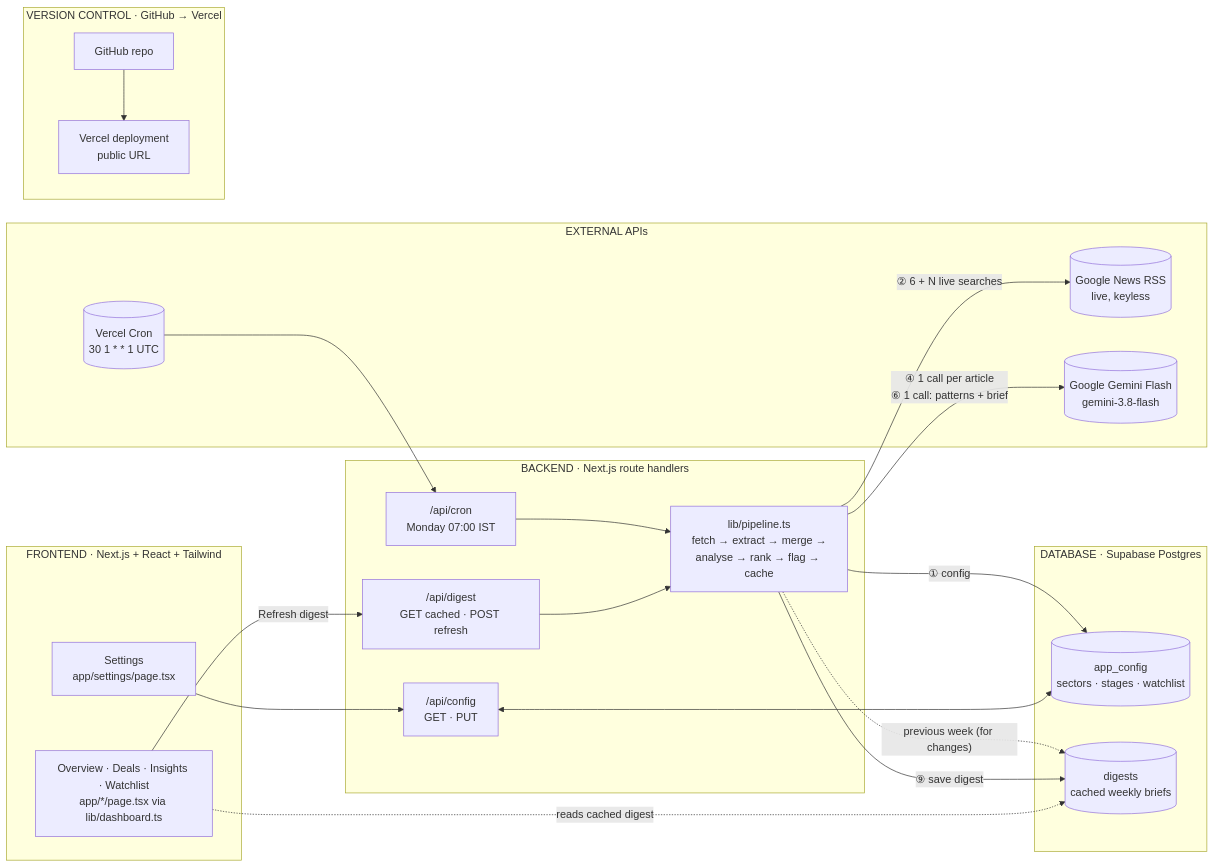
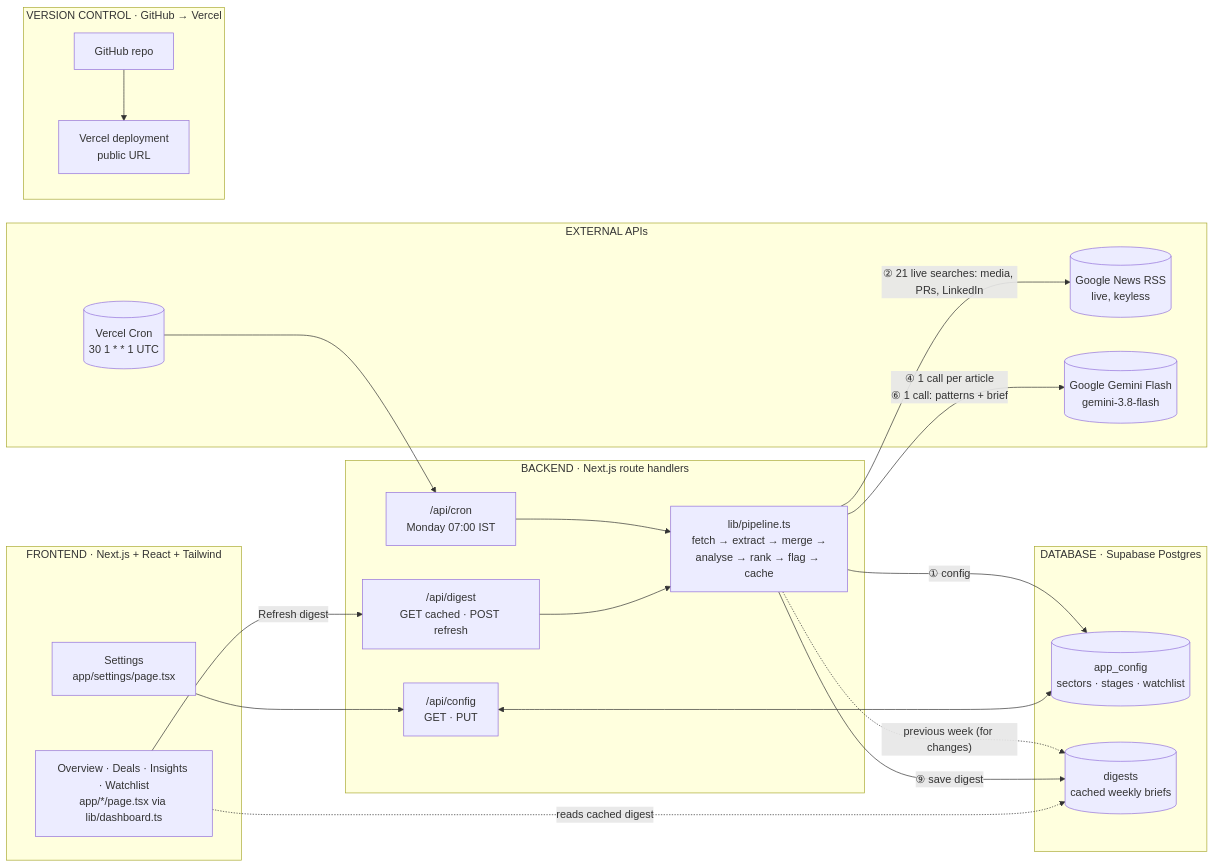
One commit to Shloka51/startup-funding-pulse changed the diagram in COMPONENTS_MAP.md. Above: the diagram before and after it, drawn with Mermaid. The commit also changed other lines of this file and 31 other files, not shown here.

````diff
--- a/COMPONENTS_MAP.md
+++ b/COMPONENTS_MAP.md
@@ -28,42 +28,42 @@
 ```mermaid
 flowchart LR
     subgraph FE["FRONTEND · Next.js + React + Tailwind"]
         Page["Overview · Deals · Insights · Watchlist<br/>app/*/page.tsx via lib/dashboard.ts"]
         Settings["Settings<br/>app/settings/page.tsx"]
     end
 
     subgraph BE["BACKEND · Next.js route handlers"]
         DigestAPI["/api/digest<br/>GET cached · POST refresh"]
         ConfigAPI["/api/config<br/>GET · PUT"]
         CronAPI["/api/cron<br/>Monday 07:00 IST"]
         Pipeline["lib/pipeline.ts<br/>fetch → extract → merge →<br/>analyse → rank → flag → cache"]
     end
 
     subgraph EXT["EXTERNAL APIs"]
         News[("Google News RSS<br/>live, keyless")]
         Gemini[("Google Gemini Flash<br/>gemini-3.8-flash")]
         Cron[("Vercel Cron<br/>30 1 * * 1 UTC")]
     end
 
     subgraph DB["DATABASE · Supabase Postgres"]
         ConfigT[("app_config<br/>sectors · stages · watchlist")]
         DigestT[("digests<br/>cached weekly briefs")]
     end
 
     Page -- "Refresh digest" --> DigestAPI
     Page -. "reads cached digest" .-> DigestT
     Settings --> ConfigAPI
     ConfigAPI <--> ConfigT
     Cron --> CronAPI
     DigestAPI --> Pipeline
     CronAPI --> Pipeline
     Pipeline -- "① config" --> ConfigT
-    Pipeline -- "② 6 + N live searches" --> News
+    Pipeline -- "② 21 live searches: media, PRs, LinkedIn" --> News
     Pipeline -- "④ 1 call per article<br/>⑥ 1 call: patterns + brief" --> Gemini
     Pipeline -- "⑨ save digest" --> DigestT
     Pipeline -. "previous week (for changes)" .-> DigestT
 
     subgraph VC["VERSION CONTROL · GitHub → Vercel"]
         Repo["GitHub repo"] --> Deploy["Vercel deployment<br/>public URL"]
     end
 ```
````
